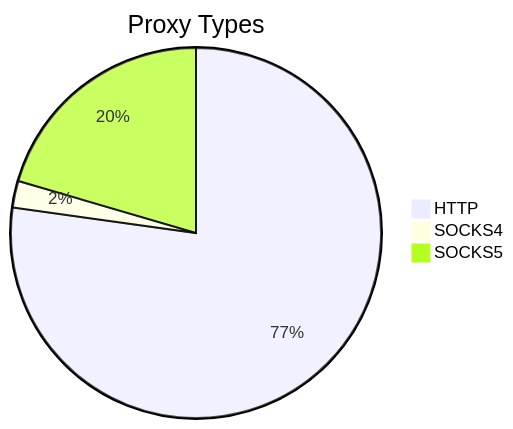
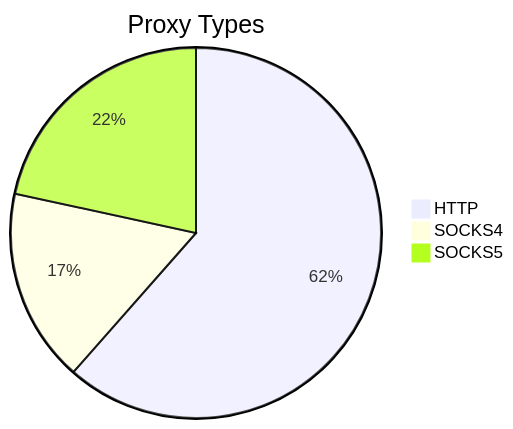
Before and after one commit to stormsia/proxy-list: the first of 2 diagrams in README.md, drawn with Mermaid. The commit also changed other lines of this file, not shown here.

````diff
--- a/README.md
+++ b/README.md
@@ -21,6 +21,6 @@
 ```mermaid
 pie title Proxy Types
-    "HTTP" : 166
-    "SOCKS4" : 5
-    "SOCKS5" : 44
+    "HTTP" : 262
+    "SOCKS4" : 72
+    "SOCKS5" : 92
 ```
````
